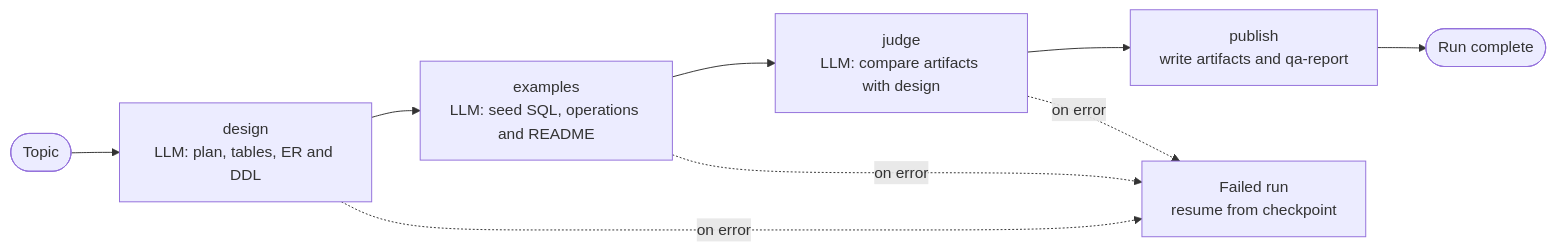
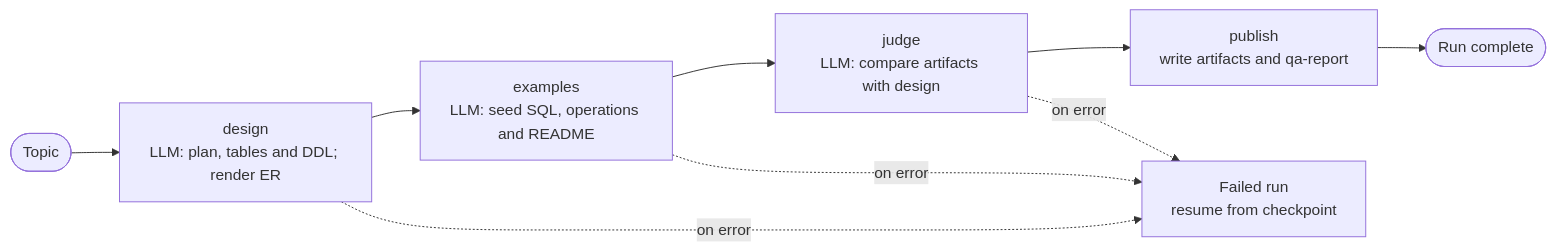
One commit to edikjs/db-pet-gen changed the first of 2 diagrams in README.md. Above: the diagram before and after it, drawn with Mermaid. The commit also changed other lines of this file and 24 other files, not shown here.

First line of the commit message:
refactor(generate): render er diagrams from checked designs

````diff
--- a/README.md
+++ b/README.md
@@ -174,11 +174,11 @@
 ```mermaid
 flowchart LR
-    T(["Topic"]) --> D["design<br/>LLM: plan, tables, ER and DDL"]
+    T(["Topic"]) --> D["design<br/>LLM: plan, tables and DDL; render ER"]
     D --> X["examples<br/>LLM: seed SQL, operations and README"]
     X --> J["judge<br/>LLM: compare artifacts with design"]
     J --> P["publish<br/>write artifacts and qa-report"]
     P --> Z(["Run complete"])
     D -. on error .-> F["Failed run<br/>resume from checkpoint"]
     X -. on error .-> F
     J -. on error .-> F
 ```
````
